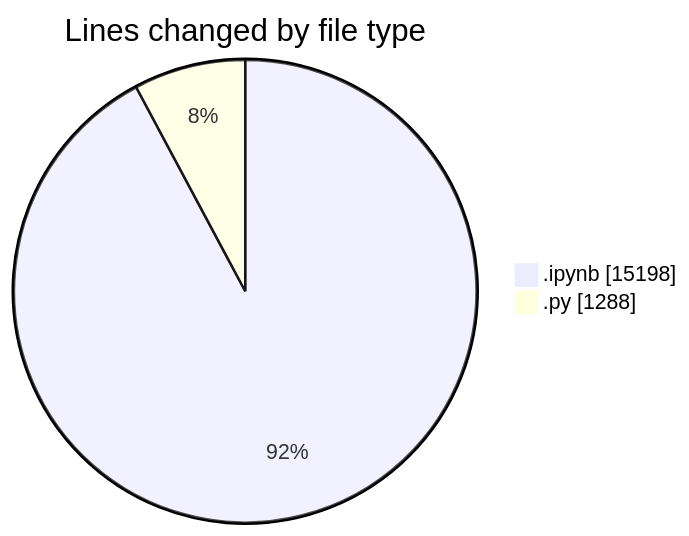
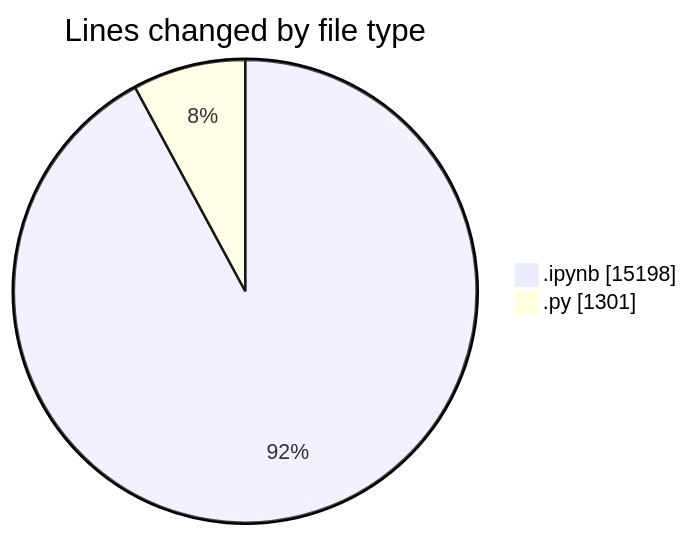
The first of 2 diagrams in 2025-04-10/myws__workspace_/README.md (MatusMokan/code-tracking), drawn with Mermaid before and after one commit. The commit also changed other lines of this file and 1 other file, not shown here.

````diff
--- a/2025-04-10/myws__workspace_/README.md
+++ b/2025-04-10/myws__workspace_/README.md
@@ -21,6 +21,6 @@
 ```mermaid
 pie showData
 title Lines changed by file type
 ".ipynb" : 15198
-".py" : 1288
+".py" : 1301
 ```
````
